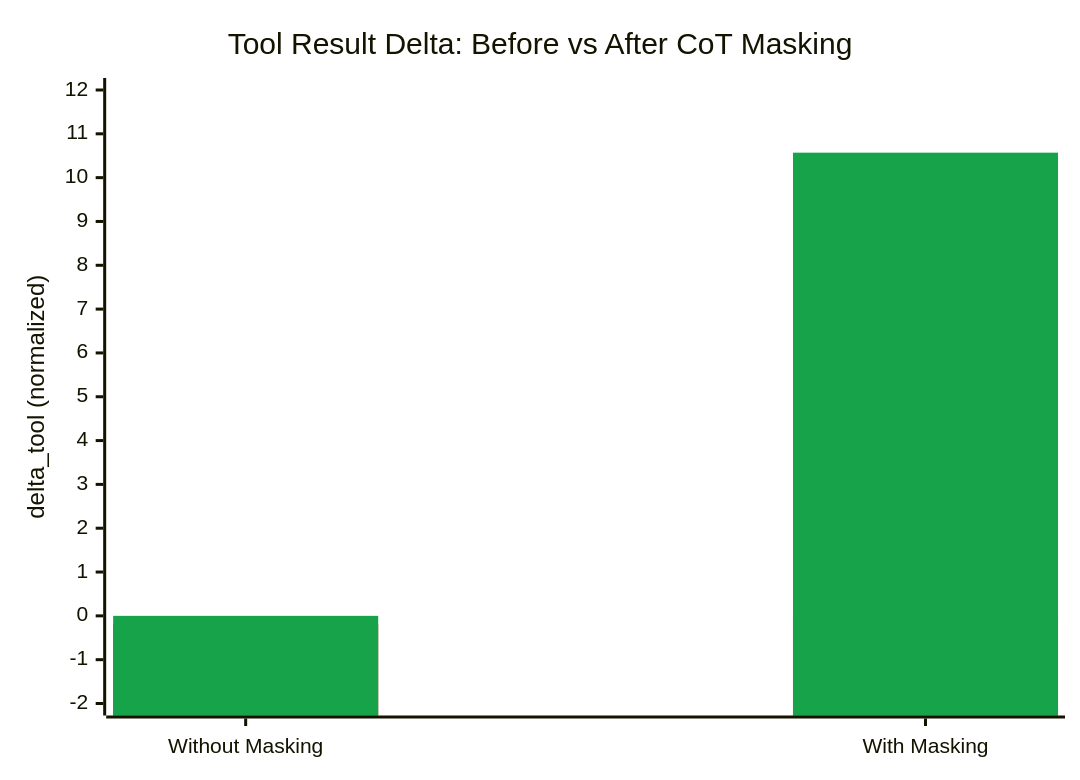
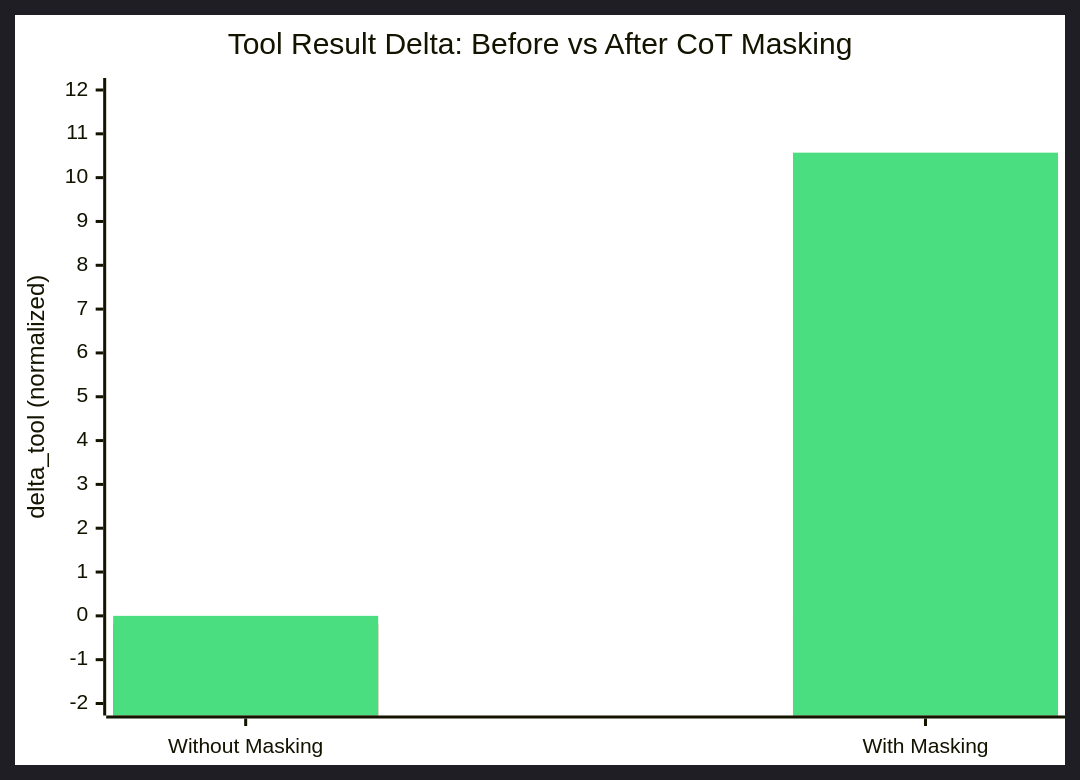
Before and after one commit to prashantkul/causal-armor: the third of 3 diagrams in docs/multi-turn-cot-masking.md, drawn with Mermaid. The commit also changed other lines of this file and 1 other file, not shown here.

First line of the commit message:
Switch Mermaid diagrams to dark theme for readability

````diff
--- a/docs/multi-turn-cot-masking.md
+++ b/docs/multi-turn-cot-masking.md
@@ -125,11 +125,11 @@
 ```mermaid
-%%{init: {'theme': 'neutral', 'themeVariables': {
-    'xyChart': {'plotColorPalette': '#dc2626, #16a34a'}
+%%{init: {'theme': 'dark', 'themeVariables': {
+    'xyChart': {'plotColorPalette': '#ef4444, #4ade80'}
 }}}%%
 xychart-beta
     title "Tool Result Delta: Before vs After CoT Masking"
     x-axis ["Without Masking", "With Masking"]
     y-axis "delta_tool (normalized)" -2 --> 12
     bar [-0.1963, 0]
     bar [0, 10.5699]
 ```
````
